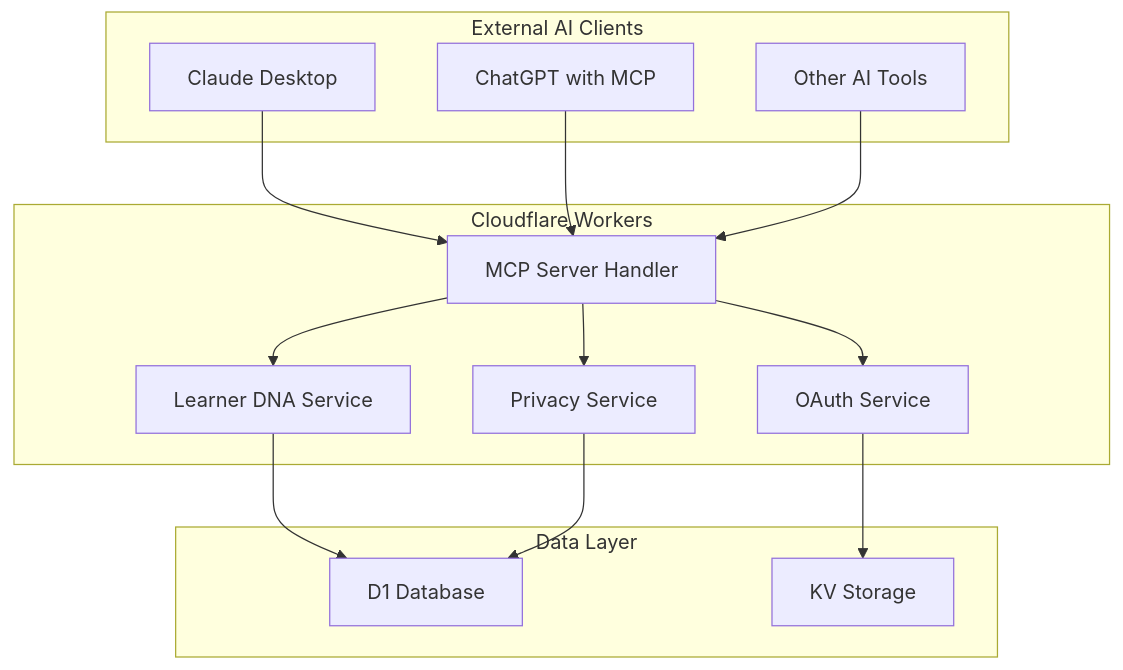
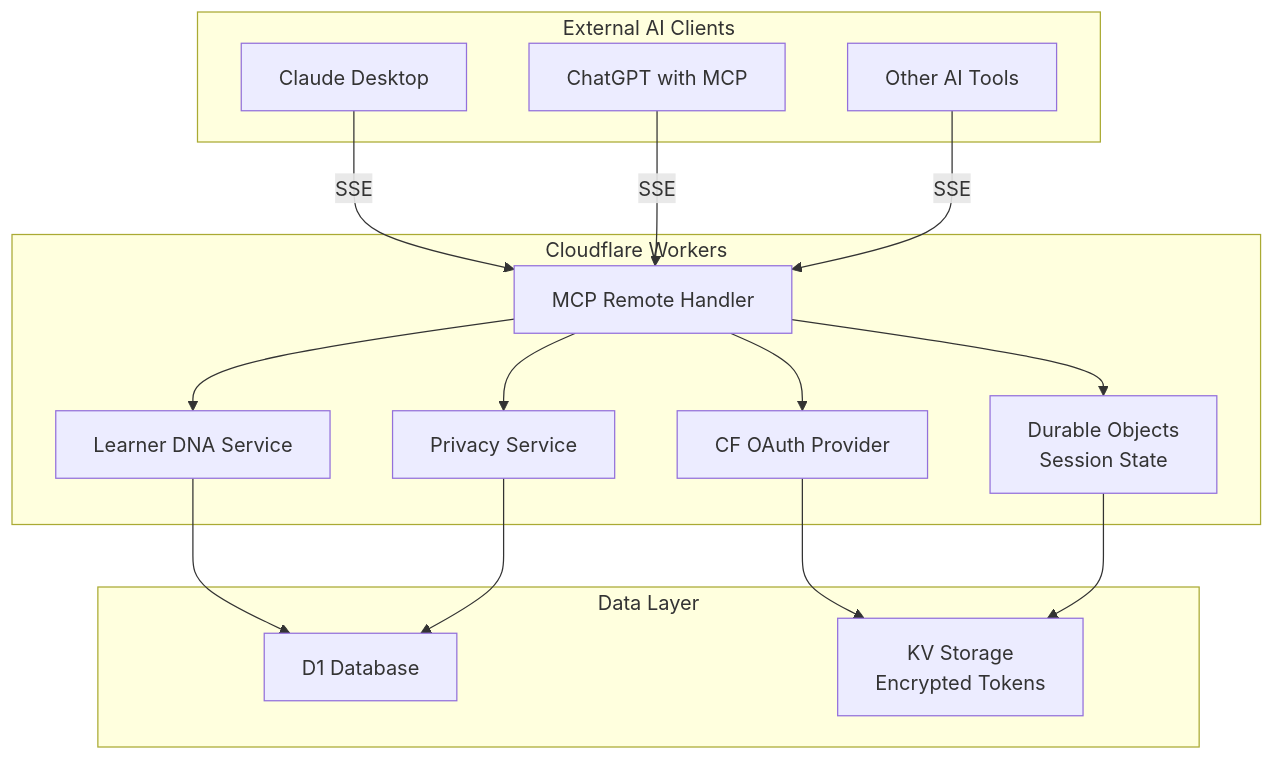
Before and after one commit to atomicjolt-com/atomic-guide: the diagram in docs/stories/8.1.story.md, drawn with Mermaid. The commit also changed other lines of this file and 3 other files, not shown here.

Commit message:
feat: Update MCP documentation for Cloudflare Native implementation, including architecture addendum and implementation guide

````diff
--- a/docs/stories/8.1.story.md
+++ b/docs/stories/8.1.story.md
@@ -135,32 +135,35 @@
 ```mermaid
 graph TB
     subgraph "External AI Clients"
         Claude[Claude Desktop]
         ChatGPT[ChatGPT with MCP]
         OtherAI[Other AI Tools]
     end
 
     subgraph "Cloudflare Workers"
-        MCPServer[MCP Server Handler]
-        Auth[OAuth Service]
+        MCPRemote[MCP Remote Handler]
+        OAuthProvider[CF OAuth Provider]
+        DO[Durable Objects<br/>Session State]
         DNA[Learner DNA Service]
         Privacy[Privacy Service]
     end
 
     subgraph "Data Layer"
         D1[D1 Database]
-        KV[KV Storage]
+        KV[KV Storage<br/>Encrypted Tokens]
     end
 
-    Claude --> MCPServer
-    ChatGPT --> MCPServer
-    OtherAI --> MCPServer
+    Claude -->|SSE| MCPRemote
+    ChatGPT -->|SSE| MCPRemote
+    OtherAI -->|SSE| MCPRemote
 
-    MCPServer --> Auth
-    MCPServer --> DNA
-    MCPServer --> Privacy
+    MCPRemote --> OAuthProvider
+    MCPRemote --> DO
+    MCPRemote --> DNA
+    MCPRemote --> Privacy
 
-    Auth --> KV
+    OAuthProvider --> KV
+    DO --> KV
     DNA --> D1
     Privacy --> D1
 ```
````
